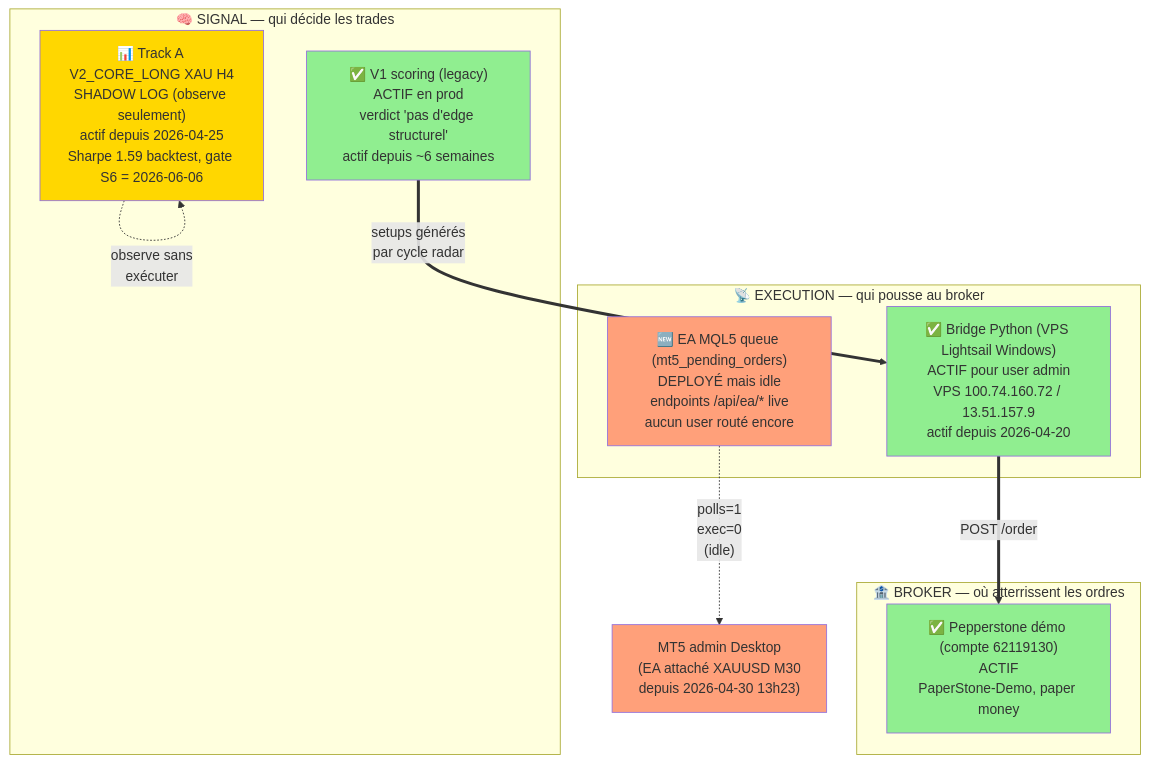
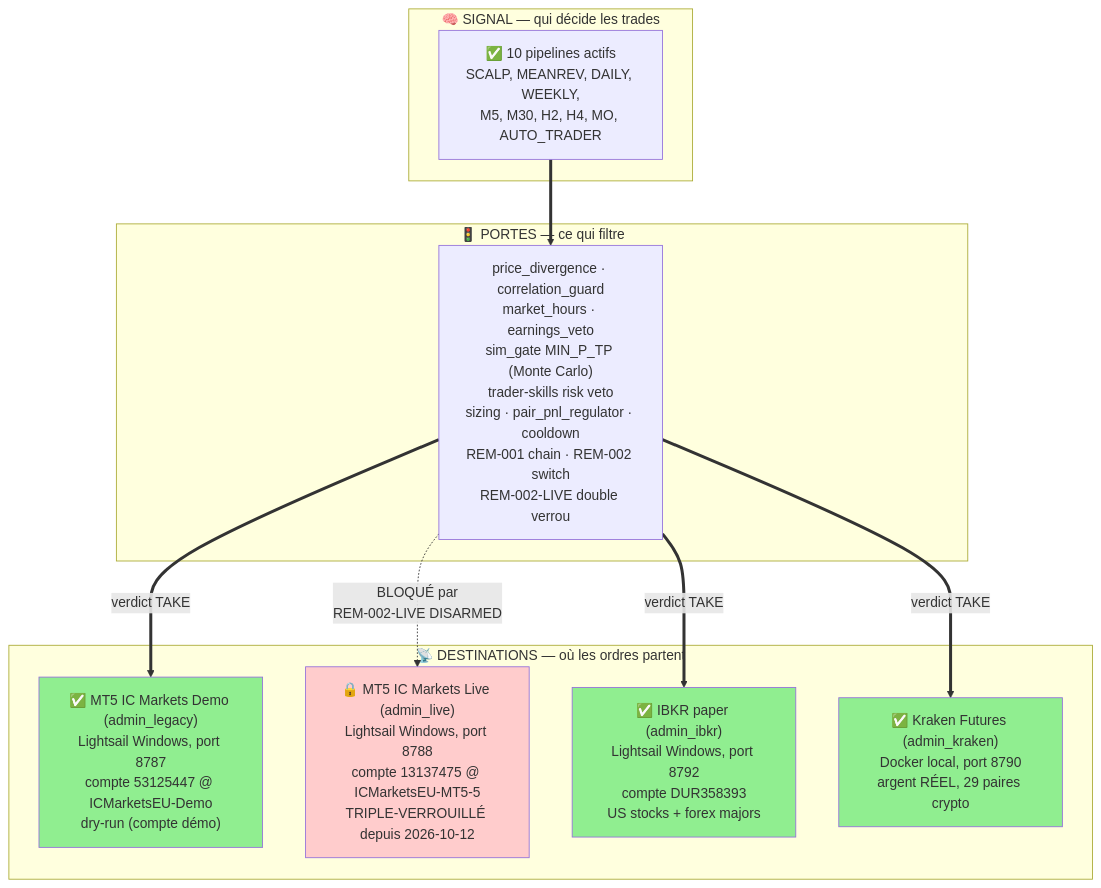
One commit to xav916/scalping changed the diagram in docs/architecture-current-state.md. Above: the diagram before and after it, drawn with Mermaid. The commit also changed other lines of this file and 1 other file, not shown here.

````diff
--- a/docs/architecture-current-state.md
+++ b/docs/architecture-current-state.md
@@ -18,29 +19,28 @@
 ```mermaid
 flowchart TB
     subgraph SIGNAL["🧠 SIGNAL — qui décide les trades"]
-        V1["✅ V1 scoring (legacy)<br/>ACTIF en prod<br/>verdict 'pas d'edge structurel'<br/>actif depuis ~6 semaines"]
-        TRACKA["📊 Track A V2_CORE_LONG XAU H4<br/>SHADOW LOG (observe seulement)<br/>actif depuis 2026-04-25<br/>Sharpe 1.59 backtest, gate S6 = 2026-06-06"]
+        P["✅ 10 pipelines actifs<br/>SCALP, MEANREV, DAILY, WEEKLY,<br/>M5, M30, H2, H4, MO, AUTO_TRADER"]
     end
 
-    subgraph EXEC["📡 EXECUTION — qui pousse au broker"]
-        BRIDGE["✅ Bridge Python (VPS Lightsail Windows)<br/>ACTIF pour user admin<br/>VPS 100.74.160.72 / 13.51.157.9<br/>actif depuis 2026-04-20"]
-        EAQUEUE["🆕 EA MQL5 queue (mt5_pending_orders)<br/>DEPLOYÉ mais idle<br/>endpoints /api/ea/* live<br/>aucun user routé encore"]
+    subgraph GATES["🚦 PORTES — ce qui filtre"]
+        PORTES["price_divergence · correlation_guard<br/>market_hours · earnings_veto<br/>sim_gate MIN_P_TP (Monte Carlo)<br/>trader-skills risk veto<br/>sizing · pair_pnl_regulator · cooldown<br/>REM-001 chain · REM-002 switch<br/>REM-002-LIVE double verrou"]
     end
 
-    subgraph BROKER["🏦 BROKER — où atterrissent les ordres"]
-        PEPPER["✅ Pepperstone démo (compte 62119130)<br/>ACTIF<br/>PaperStone-Demo, paper money"]
+    subgraph DEST["📡 DESTINATIONS — où les ordres partent"]
+        MT5DEMO["✅ MT5 IC Markets Demo (admin_legacy)<br/>Lightsail Windows, port 8787<br/>compte 53125447 @ ICMarketsEU-Demo<br/>dry-run (compte démo)"]
+        MT5LIVE["🔒 MT5 IC Markets Live (admin_live)<br/>Lightsail Windows, port 8788<br/>compte 13137475 @ ICMarketsEU-MT5-5<br/>TRIPLE-VERROUILLÉ depuis 2026-10-12"]
+        IBKR["✅ IBKR paper (admin_ibkr)<br/>Lightsail Windows, port 8792<br/>compte DUR358393<br/>US stocks + forex majors"]
+        KRAKEN["✅ Kraken Futures (admin_kraken)<br/>Docker local, port 8790<br/>argent RÉEL, 29 paires crypto"]
     end
 
-    V1 ==>|"setups générés<br/>par cycle radar"| BRIDGE
-    BRIDGE ==>|"POST /order"| PEPPER
-    TRACKA -.->|"observe sans<br/>exécuter"| TRACKA
+    P ==> PORTES
+    PORTES ==>|verdict TAKE| MT5DEMO
+    PORTES ==>|verdict TAKE| IBKR
+    PORTES ==>|verdict TAKE| KRAKEN
+    PORTES -.->|BLOQUÉ par<br/>REM-002-LIVE DISARMED| MT5LIVE
 
-    EAQUEUE -.->|"polls=1<br/>exec=0<br/>(idle)"| BRIDGE_EA["MT5 admin Desktop<br/>(EA attaché XAUUSD M30<br/>depuis 2026-04-30 13h23)"]
-
-    style V1 fill:#90EE90
-    style BRIDGE fill:#90EE90
-    style PEPPER fill:#90EE90
-    style TRACKA fill:#FFD700
-    style EAQUEUE fill:#FFA07A
-    style BRIDGE_EA fill:#FFA07A
+    style MT5LIVE fill:#ffcccc
+    style MT5DEMO fill:#90EE90
+    style IBKR fill:#90EE90
+    style KRAKEN fill:#90EE90
 ```
````
